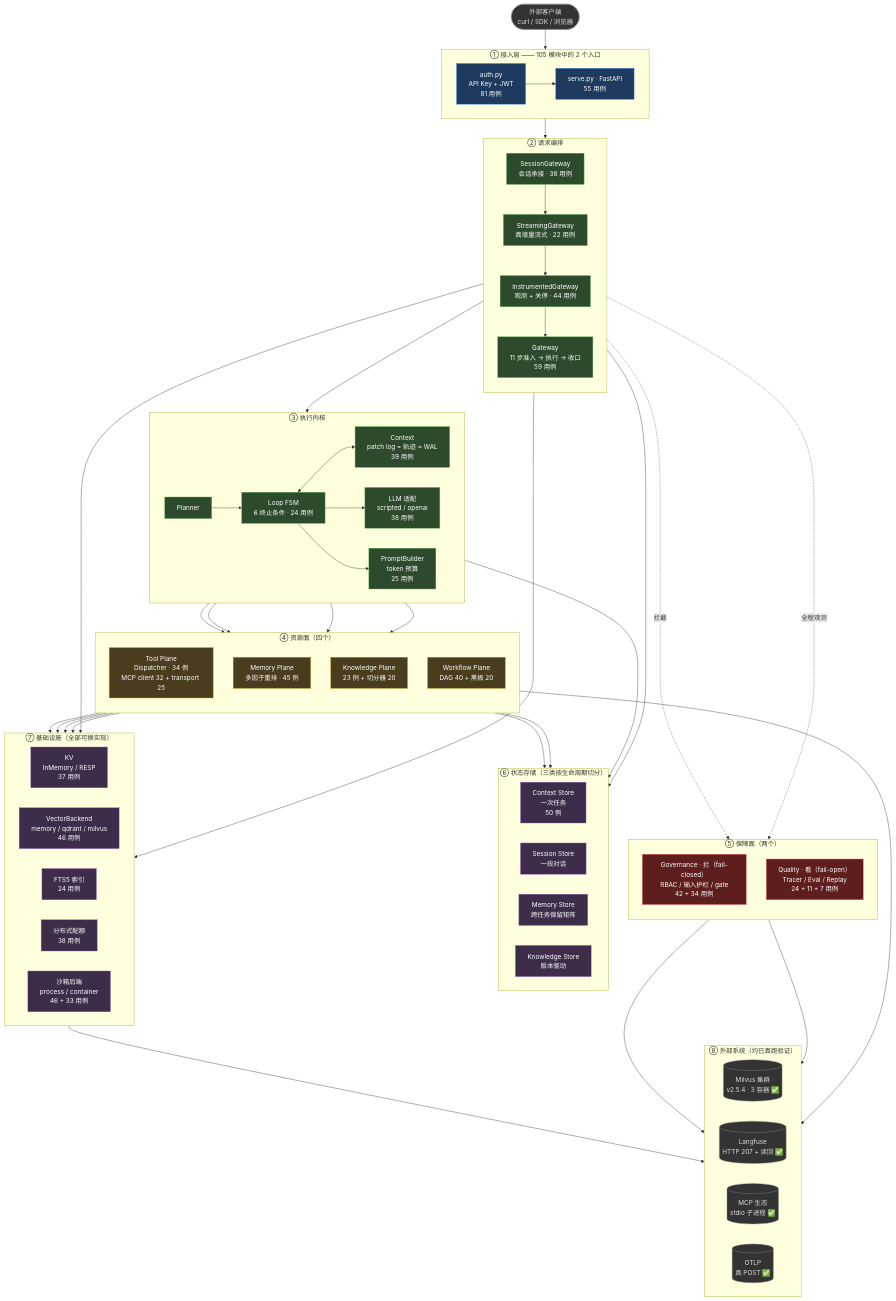
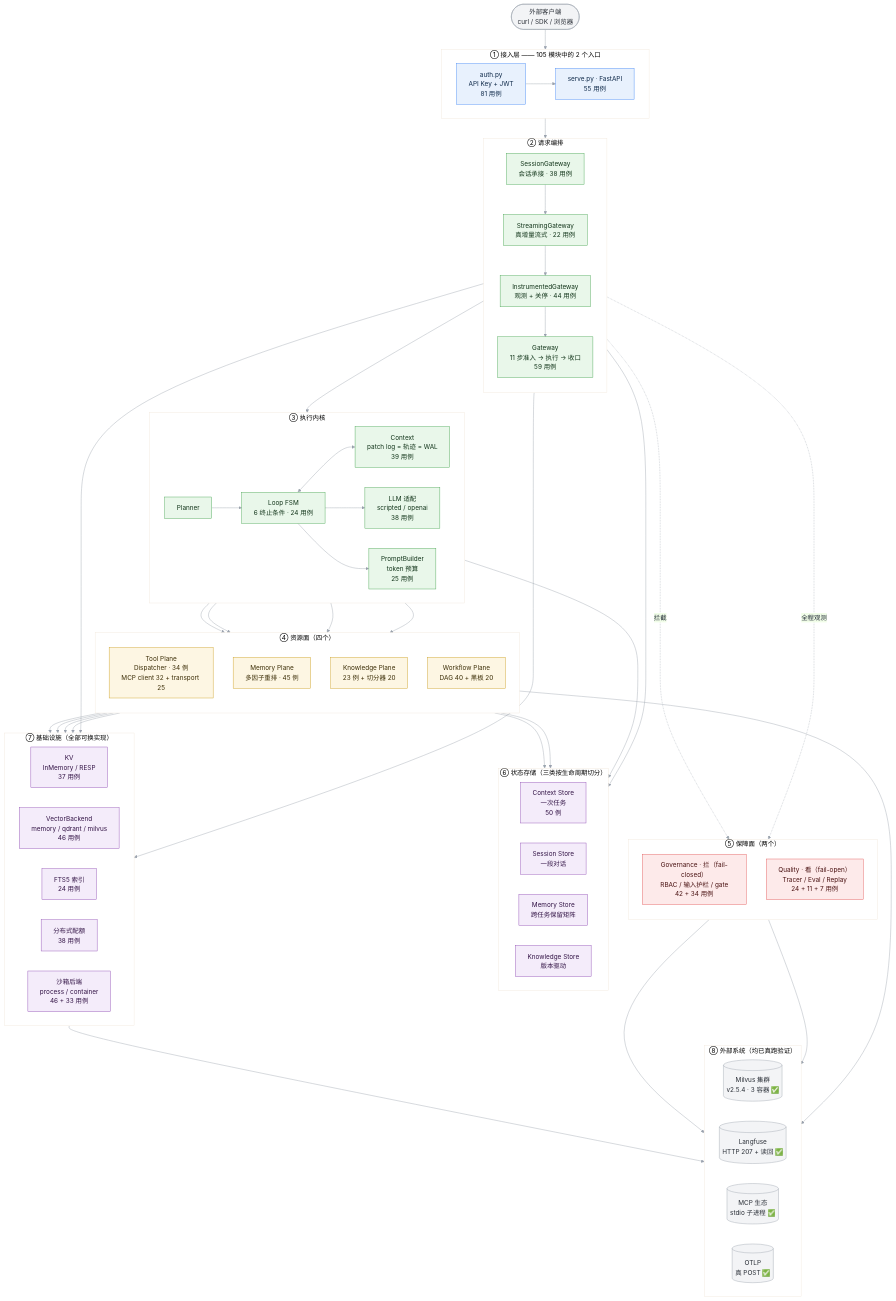
One commit to XiaoBinGan/Turing_AgentRuntime changed the first of 4 diagrams in docs/design/STATUS.md. Above: the diagram before and after it, drawn with Mermaid. The commit also changed other lines of this file and 5 other files, not shown here.

First line of the commit message:
Convert diagrams and site to a light theme

````diff
--- a/docs/design/STATUS.md
+++ b/docs/design/STATUS.md
@@ -11,11 +11,12 @@
 ```mermaid
+%%{init: {"theme":"base","themeVariables":{"background":"#ffffff","primaryColor":"#e8f1fd","primaryTextColor":"#1f2933","lineColor":"#9aa2ad","fontFamily":"-apple-system,BlinkMacSystemFont,Segoe UI,PingFang SC,sans-serif"}}}%%
 flowchart TB
-    classDef entry fill:#1e3a5f,stroke:#4a9eff,color:#fff
-    classDef main fill:#2d4a2d,stroke:#5cb85c,color:#fff
-    classDef plane fill:#4a3d1e,stroke:#d4a017,color:#fff
-    classDef guard fill:#5f1e1e,stroke:#ff6b6b,color:#fff
-    classDef store fill:#3d2d4a,stroke:#9b59b6,color:#fff
-    classDef ext fill:#333,stroke:#888,color:#ddd
+    classDef entry fill:#e8f1fd,stroke:#3b82f6,color:#0f2a4a
+    classDef main fill:#e9f7ea,stroke:#3fa14a,color:#12351a
+    classDef plane fill:#fdf6e3,stroke:#c99a16,color:#3d2f08
+    classDef guard fill:#fdeaea,stroke:#e05252,color:#4a1212
+    classDef store fill:#f4ecfa,stroke:#8b45b0,color:#331446
+    classDef ext fill:#f3f4f6,stroke:#9aa2ad,color:#2b3038
 
     CLIENT(["外部客户端<br/>curl / SDK / 浏览器"]):::ext
 
````
